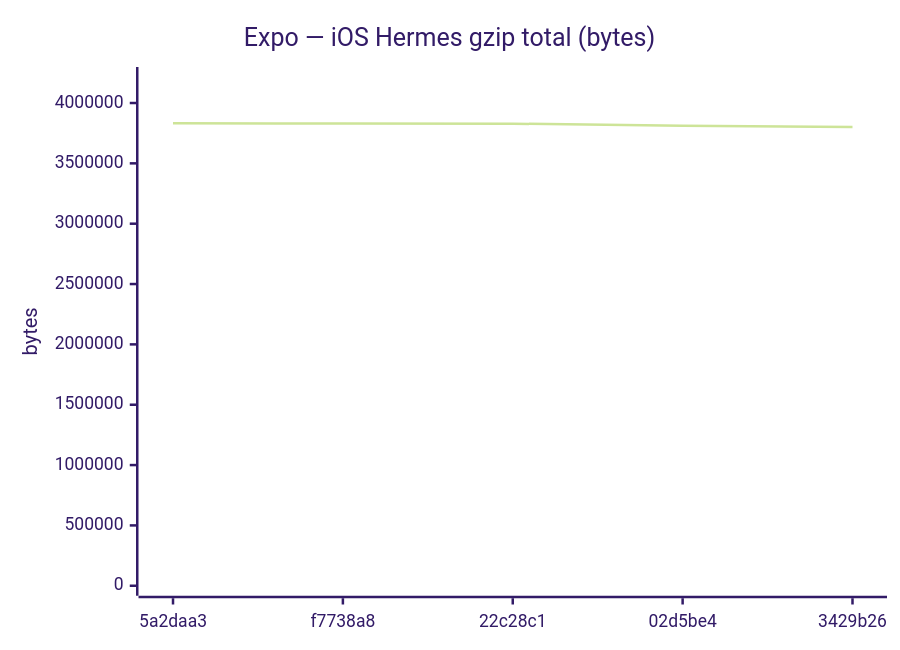
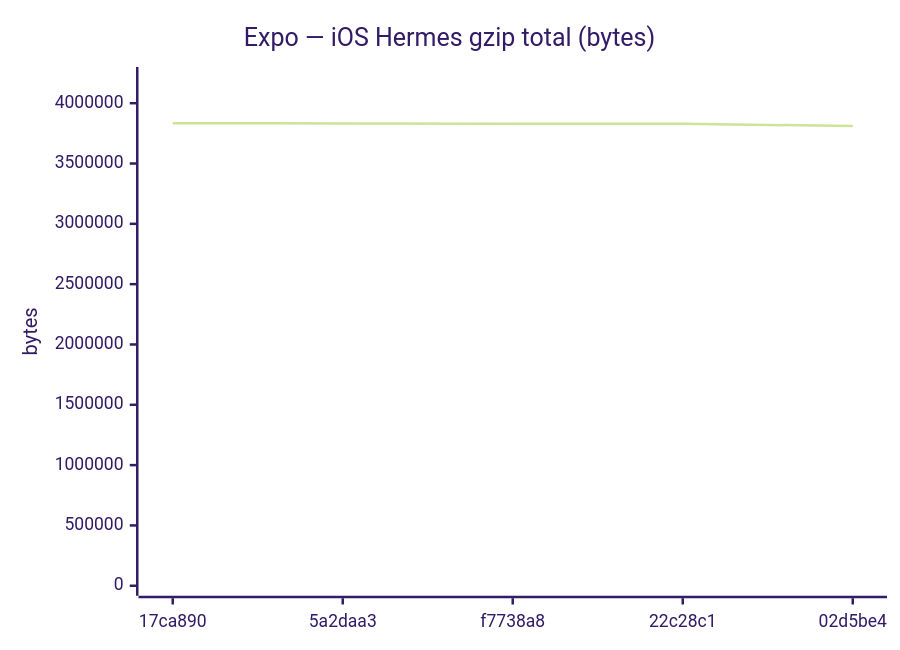
One commit to Metaheurist/Rianell changed diagram 12 of 18 in benchmarks/compare.md. Above: the diagram before and after it, drawn with Mermaid (forest theme). The commit also changed other lines of this file and 11 other files, not shown here.

````diff
--- a/benchmarks/compare.md
+++ b/benchmarks/compare.md
@@ -179,7 +179,7 @@
 ```mermaid
 xychart-beta
     title "Expo — iOS Hermes gzip total (bytes)"
-    x-axis ["5a2daa3", "f7738a8", "22c28c1", "02d5be4", "3429b26"]
-    y-axis "bytes" 0 --> 4215522
-    line [3832292, 3830296, 3828818, 3810818, 3801309]
+    x-axis ["17ca890", "5a2daa3", "f7738a8", "22c28c1", "02d5be4"]
+    y-axis "bytes" 0 --> 4217149
+    line [3833771, 3832292, 3830296, 3828818, 3810818]
 ```
````
